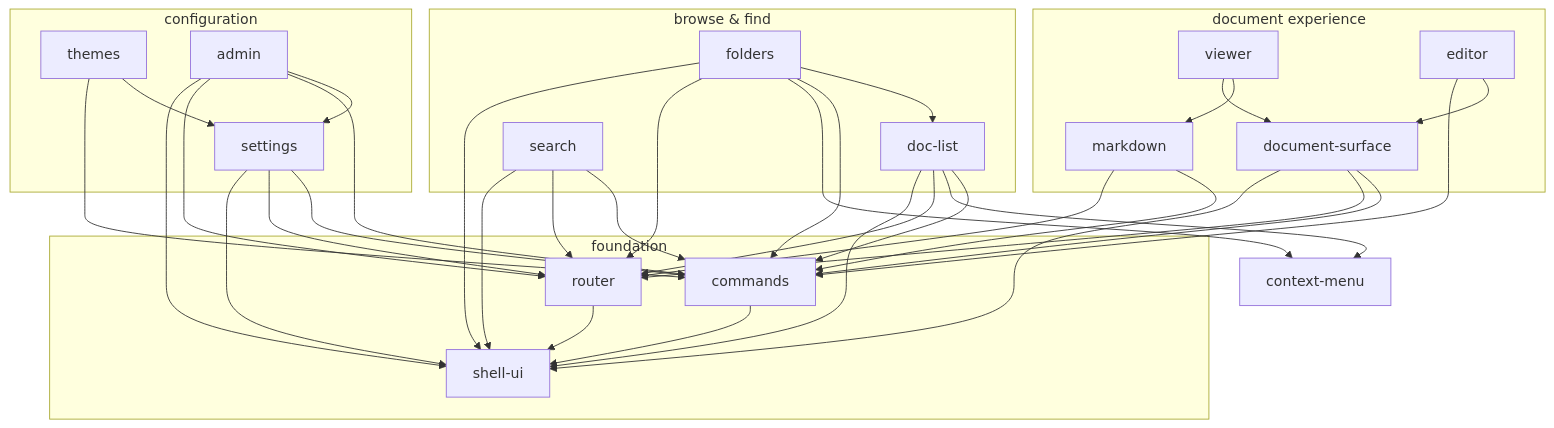
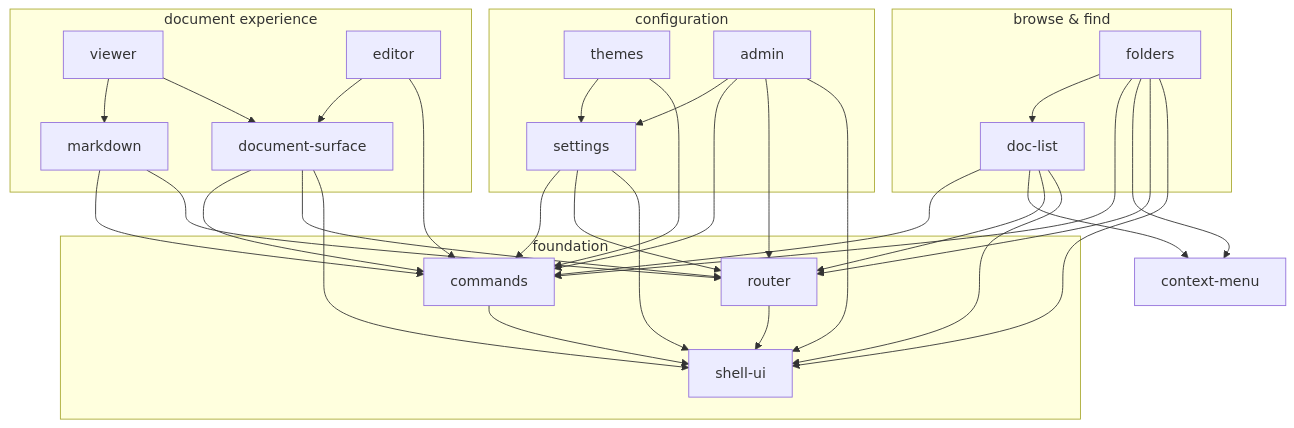
Before and after one commit to hamolicious/ddd: the diagram in plugins/base/README.md, drawn with Mermaid. The commit also changed other lines of this file and 44 other files, not shown here.

````diff
--- a/plugins/base/README.md
+++ b/plugins/base/README.md
@@ -61,33 +60,31 @@
 ```mermaid
 flowchart TD
     subgraph documents ["document experience"]
         viewer --> markdown
         viewer --> document-surface
         editor --> document-surface
     end
 
     subgraph browse ["browse & find"]
         folders --> doc-list
-        search
     end
 
     subgraph config ["configuration"]
         themes --> settings
         admin --> settings
     end
 
     subgraph foundation ["foundation"]
         router --> shell-ui
         commands --> shell-ui
     end
 
     markdown --> commands & router
     document-surface --> commands & router & shell-ui
     editor --> commands
     doc-list --> commands & context-menu & router & shell-ui
     folders --> commands & context-menu & router & shell-ui
-    search --> commands & router & shell-ui
     settings --> commands & router & shell-ui
     admin --> commands & router & shell-ui
     themes --> commands
 ```
````
